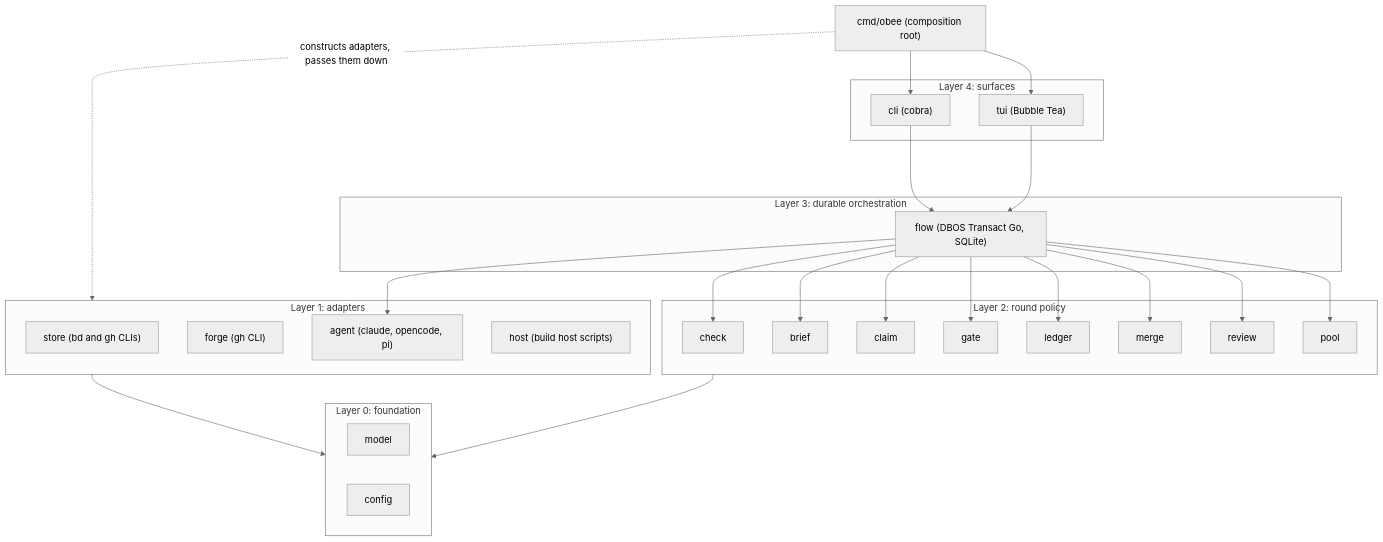
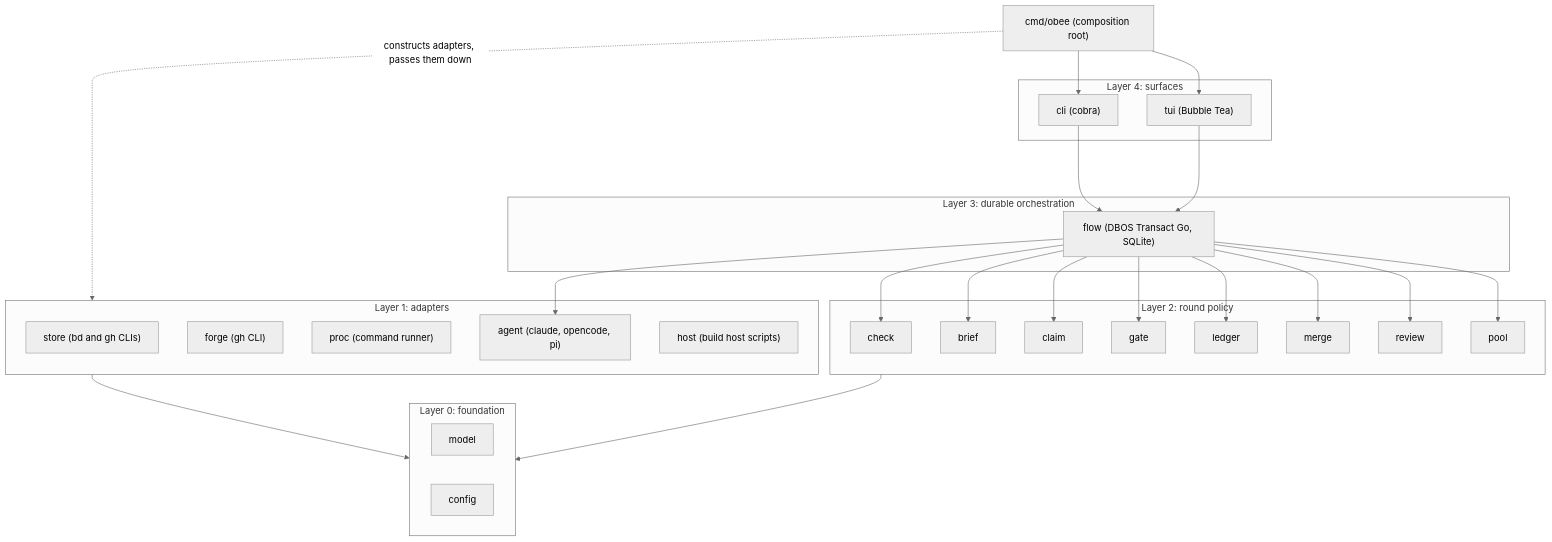
Before and after one commit to tobocop2/beehave: the diagram in docs/architecture.md, drawn with Mermaid (neutral theme). The commit also changed other lines of this file and 18 other files, not shown here.

First line of the commit message:
Add the forge adapter and share one command runner

````diff
--- a/docs/architecture.md
+++ b/docs/architecture.md
@@ -9,40 +9,41 @@
 ```mermaid
 flowchart TD
     main["cmd/obee (composition root)"]
     subgraph L4[Layer 4: surfaces]
         cli["cli (cobra)"]
         tui["tui (Bubble Tea)"]
     end
     subgraph L3[Layer 3: durable orchestration]
         flow["flow (DBOS Transact Go, SQLite)"]
     end
     subgraph L2[Layer 2: round policy]
         check
         brief
         claim
         gate
         ledger
         merge
         review
         pool
     end
     subgraph L1[Layer 1: adapters]
         store["store (bd and gh CLIs)"]
         forge["forge (gh CLI)"]
+        proc["proc (command runner)"]
         agent["agent (claude, opencode, pi)"]
         host["host (build host scripts)"]
     end
     subgraph L0[Layer 0: foundation]
         model
         config
     end
     main --> cli
     main --> tui
     cli --> flow
     tui --> flow
     flow --> check & brief & claim & gate & ledger & merge & review & pool
     main -. "constructs adapters, passes them down" .-> L1
     flow --> agent
     L1 --> L0
     L2 --> L0
 ```
````
